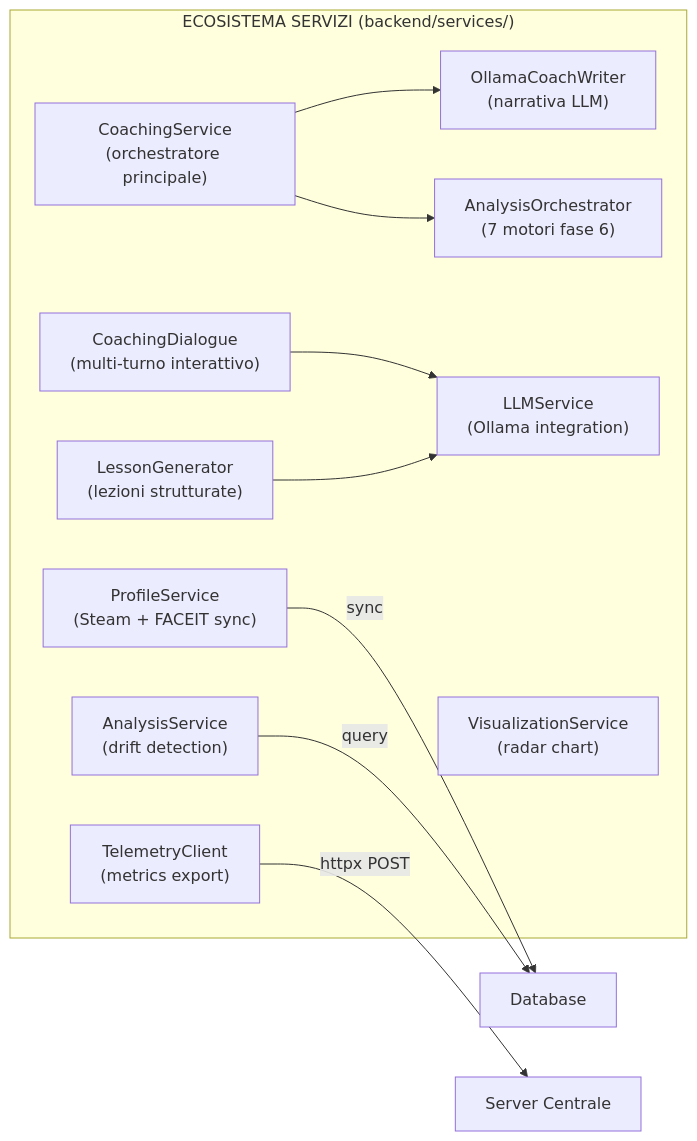
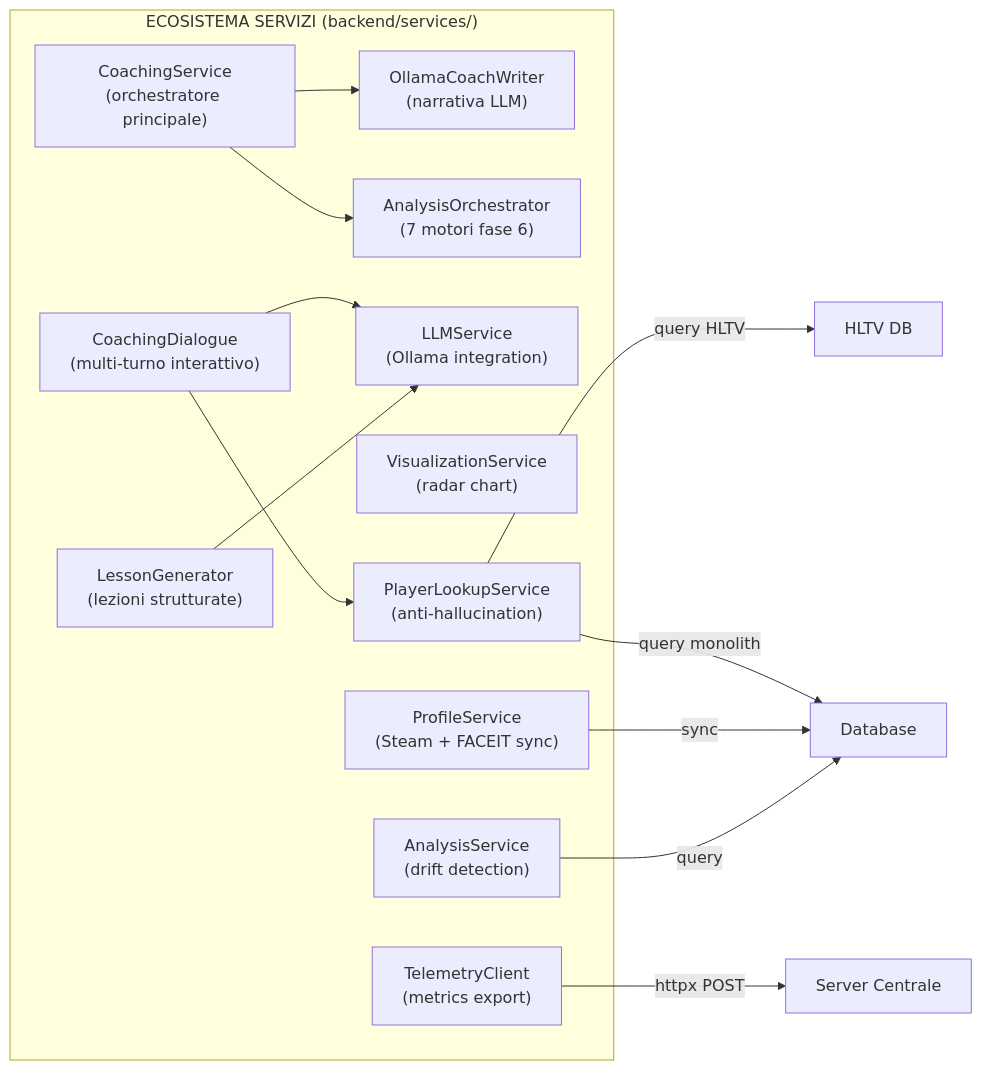
Before and after one commit to renanaugustomacena-ux/Counter-Strike-coach-AI: the seventh of 48 diagrams in docs/books/Book-Coach-2.md, drawn with Mermaid. The commit also changed other lines of this file, not shown here.

````diff
--- a/docs/books/Book-Coach-2.md
+++ b/docs/books/Book-Coach-2.md
@@ -265,22 +295,26 @@
 ```mermaid
 flowchart LR
     subgraph SERVICES["ECOSISTEMA SERVIZI (backend/services/)"]
         CS["CoachingService<br/>(orchestratore principale)"]
         OW["OllamaCoachWriter<br/>(narrativa LLM)"]
         AO["AnalysisOrchestrator<br/>(7 motori fase 6)"]
         CD["CoachingDialogue<br/>(multi-turno interattivo)"]
         LG["LessonGenerator<br/>(lezioni strutturate)"]
         LLM["LLMService<br/>(Ollama integration)"]
         VS["VisualizationService<br/>(radar chart)"]
         PS["ProfileService<br/>(Steam + FACEIT sync)"]
         AS["AnalysisService<br/>(drift detection)"]
         TC["TelemetryClient<br/>(metrics export)"]
+        PL["PlayerLookupService<br/>(anti-hallucination)"]
     end
     CS --> OW
     CS --> AO
     CD --> LLM
+    CD --> PL
+    PL -->|"query HLTV"| HLTV_DB["HLTV DB"]
+    PL -->|"query monolith"| DB["Database"]
     LG --> LLM
-    PS -->|"sync"| DB["Database"]
+    PS -->|"sync"| DB
     AS -->|"query"| DB
     TC -->|"httpx POST"| SRV["Server Centrale"]
 ```
````
